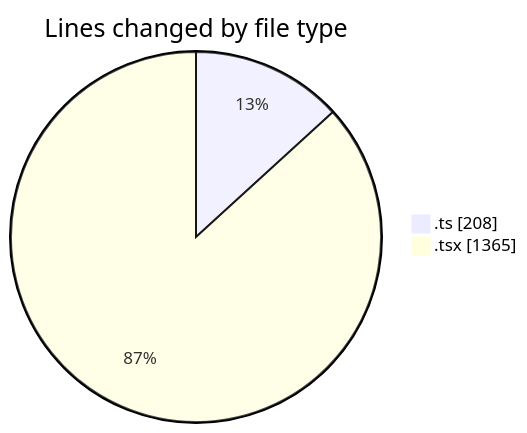
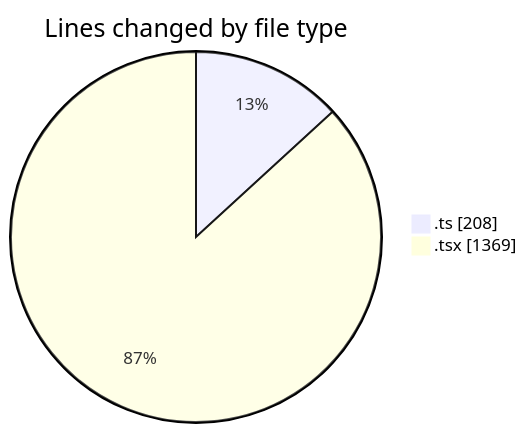
Before and after one commit to robertbonfada/code-tracking: the first of 2 diagrams in 2025-01-27/termonied-web/README.md, drawn with Mermaid. The commit also changed other lines of this file and 1 other file, not shown here.

````diff
--- a/2025-01-27/termonied-web/README.md
+++ b/2025-01-27/termonied-web/README.md
@@ -26,6 +26,6 @@
 ```mermaid
 pie showData
 title Lines changed by file type
 ".ts" : 208
-".tsx" : 1365
+".tsx" : 1369
 ```
````
